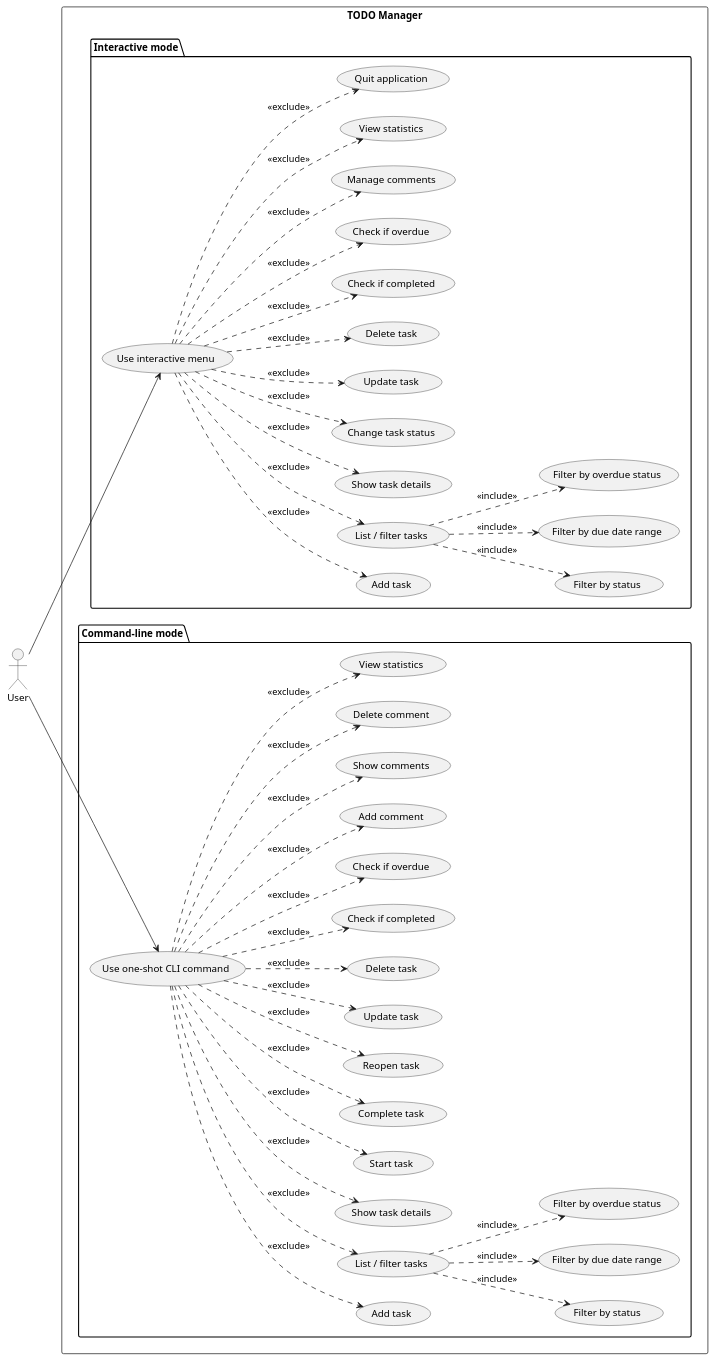
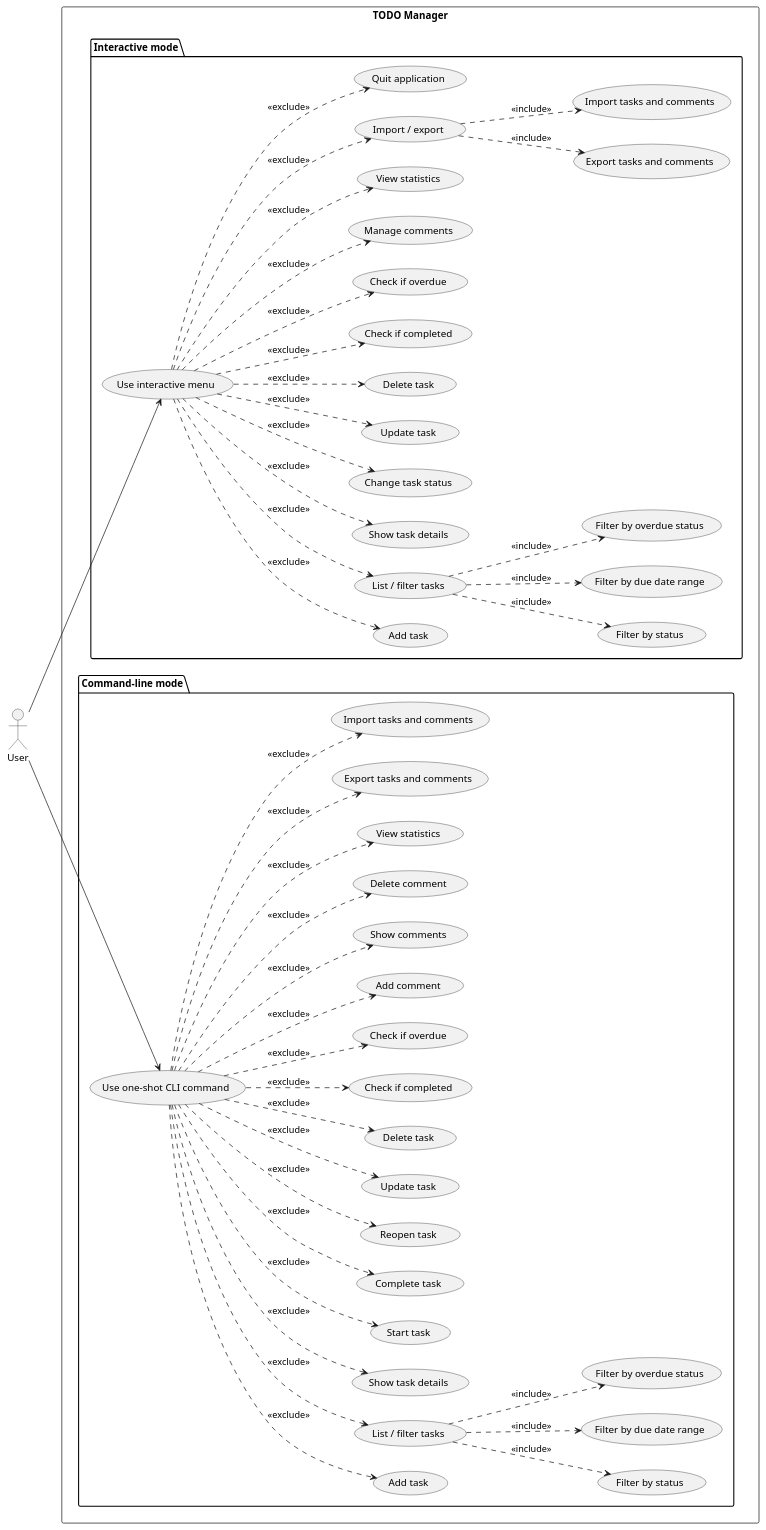
Before and after one commit to DanielRiha8906/Software_autoevolution_using_agents: the diagram in experiments/pipeline/structured_text/TODO/artifacts/use_case_diagram.puml, drawn with PlantUML. The commit also changed 9 other files, not shown here.

First line of the commit message:
Task 07 - Add import and export of tasks and comments

```diff
--- a/experiments/pipeline/structured_text/TODO/artifacts/use_case_diagram.puml
+++ b/experiments/pipeline/structured_text/TODO/artifacts/use_case_diagram.puml
@@ -1,85 +1,95 @@
 @startuml use_case_diagram
 
 left to right direction
 
 actor User
 
 rectangle "TODO Manager" {
 
   package "Interactive mode" {
     usecase "Use interactive menu" as UI
     usecase "Add task" as I_ADD
     usecase "List / filter tasks" as I_LIST
     usecase "Filter by status" as I_STATUS_FILTER
     usecase "Filter by due date range" as I_DATE_FILTER
     usecase "Filter by overdue status" as I_OVERDUE_FILTER
     usecase "Show task details" as I_SHOW
     usecase "Change task status" as I_STATUS
     usecase "Update task" as I_UPDATE
     usecase "Delete task" as I_DELETE
     usecase "Check if completed" as I_COMPLETED
     usecase "Check if overdue" as I_OVERDUE
     usecase "Manage comments" as I_COMMENTS
     usecase "View statistics" as I_STATS
+    usecase "Import / export" as I_IMPORT_EXPORT
+    usecase "Export tasks and comments" as I_EXPORT
+    usecase "Import tasks and comments" as I_IMPORT
     usecase "Quit application" as I_QUIT
   }
 
   package "Command-line mode" {
     usecase "Use one-shot CLI command" as CLI
     usecase "Add task" as C_ADD
     usecase "List / filter tasks" as C_LIST
     usecase "Filter by status" as C_STATUS_FILTER
     usecase "Filter by due date range" as C_DATE_FILTER
     usecase "Filter by overdue status" as C_OVERDUE_FILTER
     usecase "Show task details" as C_SHOW
     usecase "Start task" as C_START
     usecase "Complete task" as C_DONE
     usecase "Reopen task" as C_REOPEN
     usecase "Update task" as C_UPDATE
     usecase "Delete task" as C_DELETE
     usecase "Check if completed" as C_COMPLETED
     usecase "Check if overdue" as C_OVERDUE
     usecase "Add comment" as C_ADD_COMMENT
     usecase "Show comments" as C_SHOW_COMMENTS
     usecase "Delete comment" as C_DELETE_COMMENT
     usecase "View statistics" as C_STATS
+    usecase "Export tasks and comments" as C_EXPORT
+    usecase "Import tasks and comments" as C_IMPORT
   }
 }
 
 User --> UI
 User --> CLI
 
 UI ..> I_ADD       : <<exclude>>
 UI ..> I_LIST      : <<exclude>>
 I_LIST ..> I_STATUS_FILTER : <<include>>
 I_LIST ..> I_DATE_FILTER : <<include>>
 I_LIST ..> I_OVERDUE_FILTER : <<include>>
 UI ..> I_SHOW      : <<exclude>>
 UI ..> I_STATUS    : <<exclude>>
 UI ..> I_UPDATE    : <<exclude>>
 UI ..> I_DELETE    : <<exclude>>
 UI ..> I_COMPLETED : <<exclude>>
 UI ..> I_OVERDUE   : <<exclude>>
 UI ..> I_COMMENTS  : <<exclude>>
 UI ..> I_STATS     : <<exclude>>
+UI ..> I_IMPORT_EXPORT : <<exclude>>
+I_IMPORT_EXPORT ..> I_EXPORT : <<include>>
+I_IMPORT_EXPORT ..> I_IMPORT : <<include>>
 UI ..> I_QUIT      : <<exclude>>
 
 CLI ..> C_ADD            : <<exclude>>
 CLI ..> C_LIST           : <<exclude>>
 C_LIST ..> C_STATUS_FILTER : <<include>>
 C_LIST ..> C_DATE_FILTER : <<include>>
 C_LIST ..> C_OVERDUE_FILTER : <<include>>
 CLI ..> C_SHOW           : <<exclude>>
 CLI ..> C_START          : <<exclude>>
 CLI ..> C_DONE           : <<exclude>>
 CLI ..> C_REOPEN         : <<exclude>>
 CLI ..> C_UPDATE         : <<exclude>>
 CLI ..> C_DELETE         : <<exclude>>
 CLI ..> C_COMPLETED      : <<exclude>>
 CLI ..> C_OVERDUE        : <<exclude>>
 CLI ..> C_ADD_COMMENT    : <<exclude>>
 CLI ..> C_SHOW_COMMENTS  : <<exclude>>
 CLI ..> C_DELETE_COMMENT : <<exclude>>
 CLI ..> C_STATS          : <<exclude>>
+CLI ..> C_EXPORT         : <<exclude>>
+CLI ..> C_IMPORT         : <<exclude>>
 
 @enduml
```
